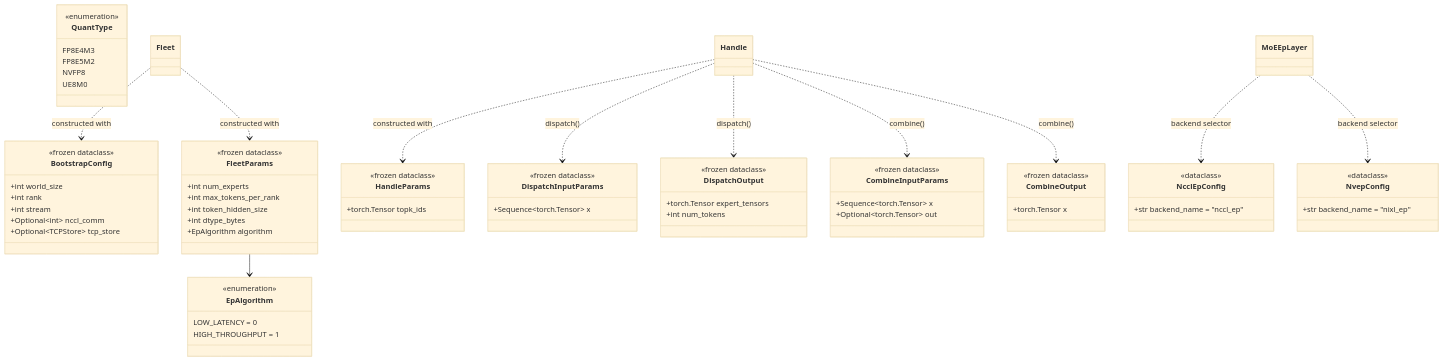
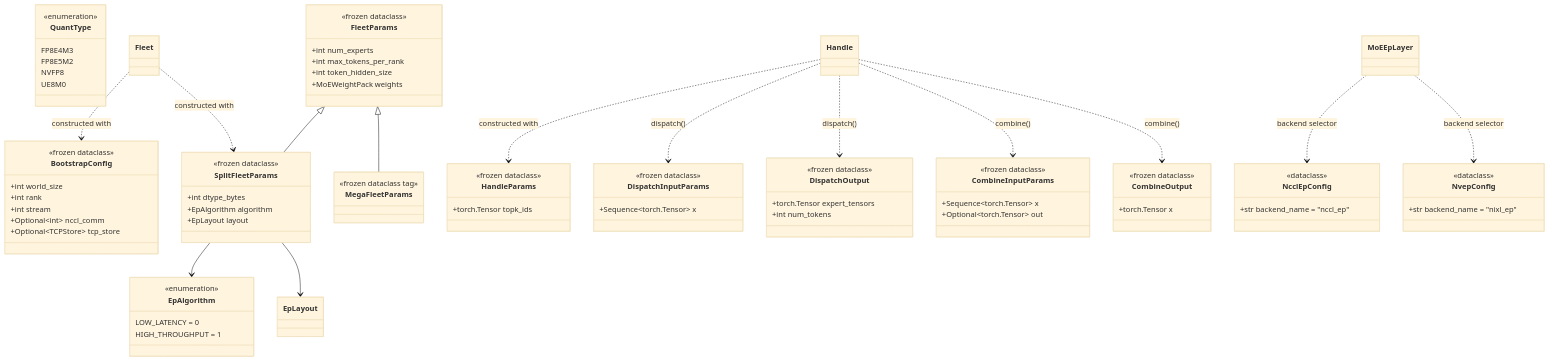
One commit to flashinfer-ai/flashinfer changed the seventh of 12 diagrams in docs/design_docs/moe_ep_current_design.md. Above: the diagram before and after it, drawn with Mermaid (base theme). The commit also changed other lines of this file and 49 other files, not shown here.

Commit message:
mega/split path refactored

```diff
--- a/docs/design_docs/moe_ep_current_design.md
+++ b/docs/design_docs/moe_ep_current_design.md
@@ -422,8 +425,18 @@
         +int num_experts
         +int max_tokens_per_rank
         +int token_hidden_size
+        +MoEWeightPack weights
+    }
+
+    class SplitFleetParams {
+        <<frozen dataclass>>
         +int dtype_bytes
         +EpAlgorithm algorithm
+        +EpLayout layout
+    }
+
+    class MegaFleetParams {
+        <<frozen dataclass tag>>
     }
 
     class HandleParams {
@@ -463,9 +476,12 @@
         +str backend_name = "nixl_ep"
     }
 
-    FleetParams --> EpAlgorithm
+    FleetParams <|-- SplitFleetParams
+    FleetParams <|-- MegaFleetParams
+    SplitFleetParams --> EpAlgorithm
+    SplitFleetParams --> EpLayout
     Fleet ..> BootstrapConfig : constructed with
-    Fleet ..> FleetParams : constructed with
+    Fleet ..> SplitFleetParams : constructed with
     Handle ..> HandleParams : constructed with
     Handle ..> DispatchInputParams : dispatch()
     Handle ..> DispatchOutput : dispatch()
```
